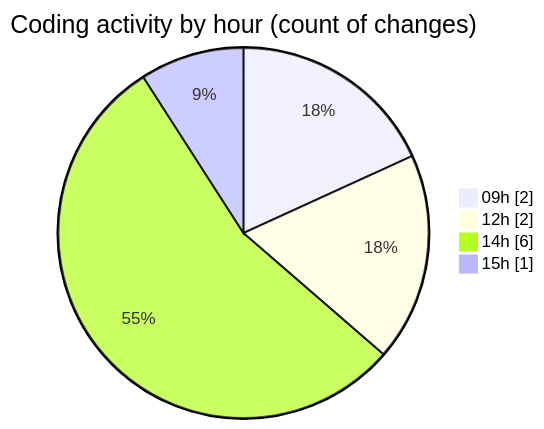
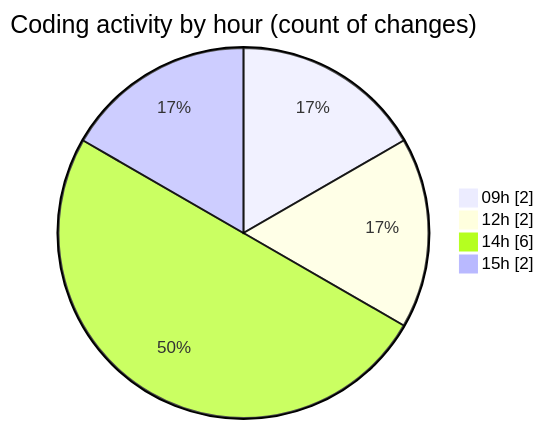
One commit to ricardozamudiocil/code-tracking changed the second of 2 diagrams in 2026-03-12/cilapp/README.md. Above: the diagram before and after it, drawn with Mermaid. The commit also changed other lines of this file and 1 other file, not shown here.

````diff
--- a/2026-03-12/cilapp/README.md
+++ b/2026-03-12/cilapp/README.md
@@ -32,8 +33,8 @@
 ```mermaid
 pie showData
 title Coding activity by hour (count of changes)
 "09h" : 2
 "12h" : 2
 "14h" : 6
-"15h" : 1
+"15h" : 2
 ```
````
